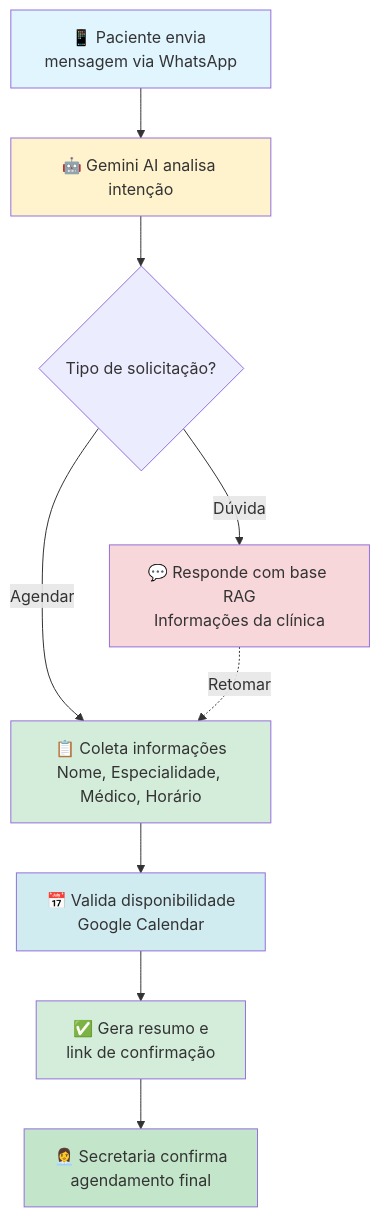
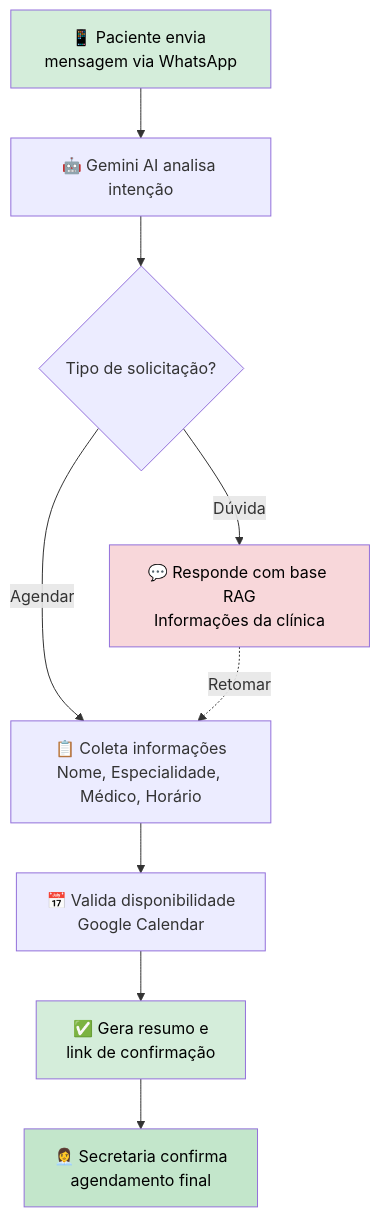
The diagram in README.md (gzerbone/chatbot_ClinicaMedica), drawn with Mermaid before and after one commit.

Commit message:
refactor: atualização do fluxo de agendamento no README.md, melhorando a legibilidade do diagrama e ajustando a formatação das mensagens. As mudanças visam facilitar a compreensão do processo de interação do chatbot com os pacientes.

````diff
--- a/README.md
+++ b/README.md
@@ -42,19 +42,20 @@
 ```mermaid
+---
+config:
+  layout: dagre
+---
 flowchart TB
-    A[📱 Paciente envia mensagem via WhatsApp] --> B[🤖 Gemini AI analisa intenção]
-    B --> C{Tipo de solicitação?}
-    C -->|Agendar| D[📋 Coleta informações<br/>Nome, Especialidade, Médico, Horário]
-    C -->|Dúvida| E[💬 Responde com base RAG<br/>Informações da clínica]
-    D --> F[📅 Valida disponibilidade<br/>Google Calendar]
-    F --> G[✅ Gera resumo e<br/>link de confirmação]
-    G --> H[👩‍💼 Secretaria confirma<br/>agendamento final]
-    E -.Retomar.-> D
-    
-    style A fill:#e1f5ff
-    style B fill:#fff3cd
-    style D fill:#d4edda
-    style E fill:#f8d7da
-    style F fill:#d1ecf1
-    style G fill:#d4edda
-    style H fill:#c3e6cb
+    A["📱 Paciente envia mensagem via WhatsApp"] --> B["🤖 Gemini AI analisa intenção"]
+    B --> C{"Tipo de solicitação?"}
+    C -- Agendar --> D["📋 Coleta informações<br>Nome, Especialidade, Médico, Horário"]
+    C -- Dúvida --> E["💬 Responde com base RAG<br>Informações da clínica"]
+    D --> F["📅 Valida disponibilidade<br>Google Calendar"]
+    F --> G["✅ Gera resumo e<br>link de confirmação"]
+    G --> H["👩‍💼 Secretaria confirma<br>agendamento final"]
+    E -. Retomar .-> D
+
+    style A fill:#d4edda,color:#000000
+    style E fill:#f8d7da,color:#000000
+    style G fill:#d4edda,color:#000000
+    style H fill:#c3e6cb,color:#000000
 ```
````
